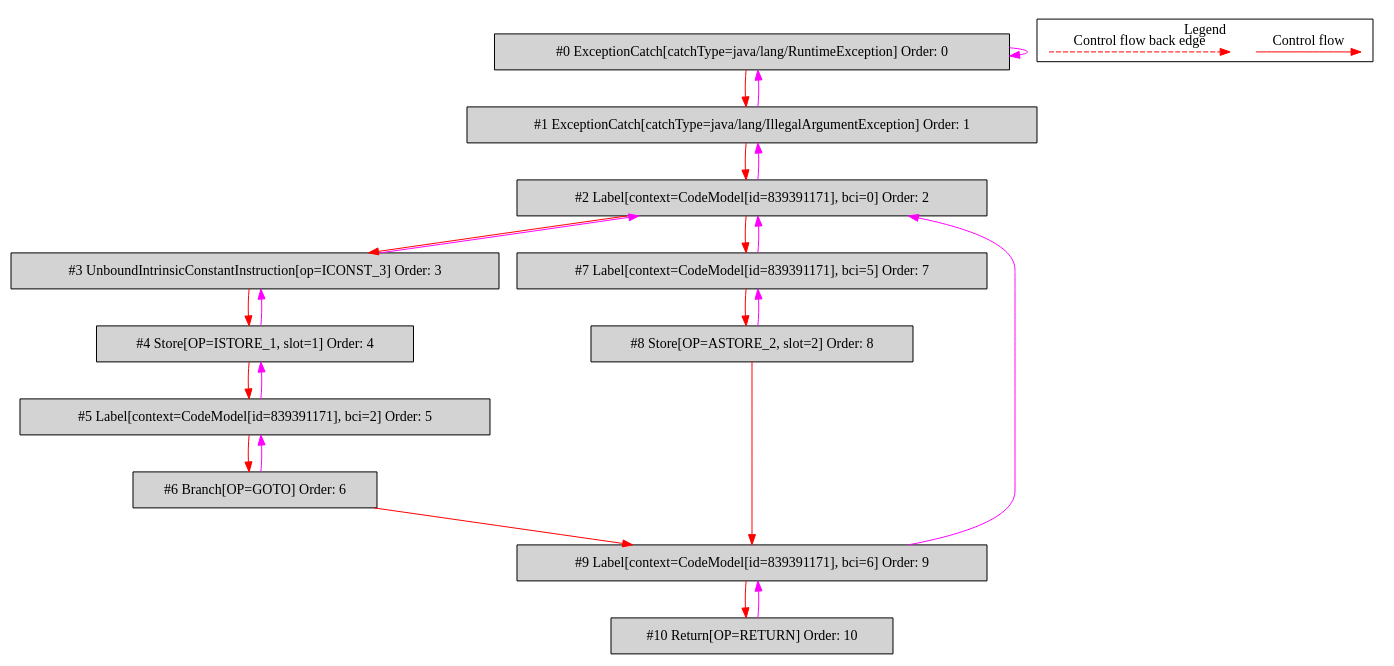
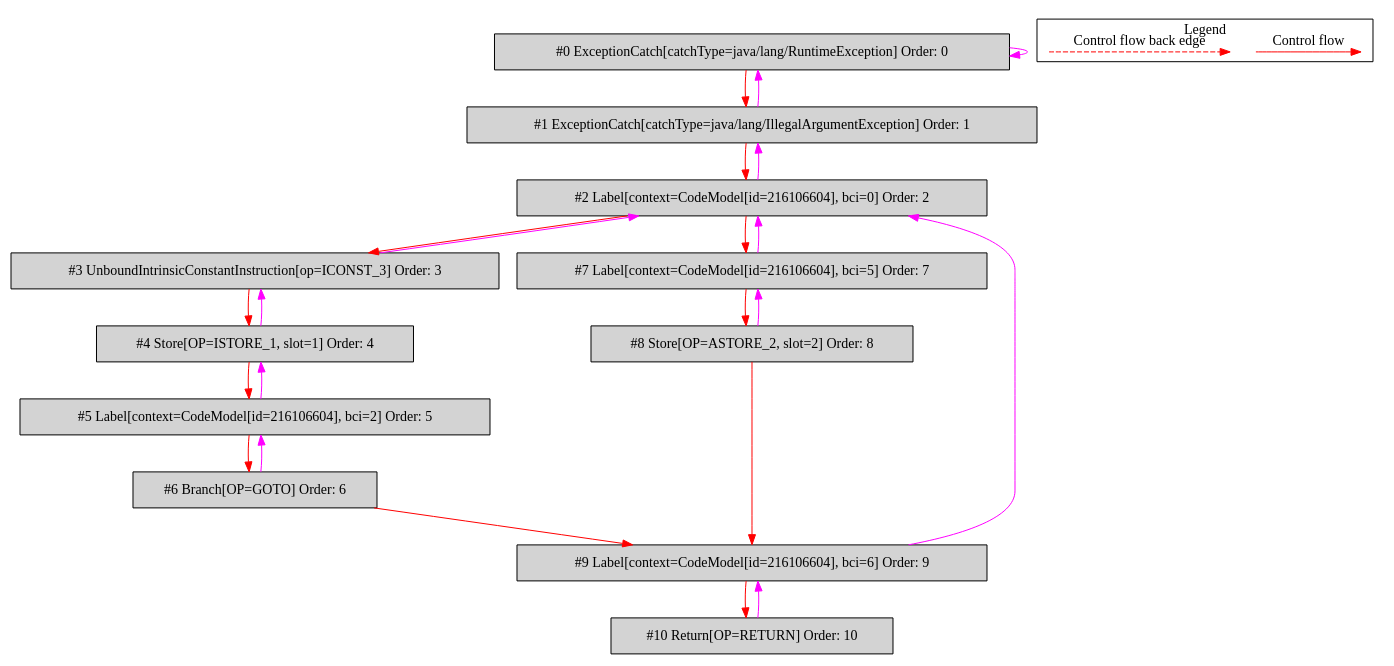
Before and after one commit to mirkosertic/MetaIR: the diagram in de.mirkosertic.metair.ir.OpcodeTryCatchTest/test_Multicatch/bytecodecfg.dot, drawn with Graphviz. The commit also changed 710 other files, not shown here.

```diff
--- a/de.mirkosertic.metair.ir.OpcodeTryCatchTest/test_Multicatch/bytecodecfg.dot
+++ b/de.mirkosertic.metair.ir.OpcodeTryCatchTest/test_Multicatch/bytecodecfg.dot
@@ -1,50 +1,50 @@
 digraph {
  ordering="in";
  node0[label="#0 ExceptionCatch[catchType=java/lang/RuntimeException] Order: 0", shape=box, fillcolor=lightgrey, style=filled];
  node1[label="#1 ExceptionCatch[catchType=java/lang/IllegalArgumentException] Order: 1", shape=box, fillcolor=lightgrey, style=filled];
- node2[label="#2 Label[context=CodeModel[id=839391171], bci=0] Order: 2", shape=box, fillcolor=lightgrey, style=filled];
+ node2[label="#2 Label[context=CodeModel[id=216106604], bci=0] Order: 2", shape=box, fillcolor=lightgrey, style=filled];
  node3[label="#3 UnboundIntrinsicConstantInstruction[op=ICONST_3] Order: 3", shape=box, fillcolor=lightgrey, style=filled];
  node4[label="#4 Store[OP=ISTORE_1, slot=1] Order: 4", shape=box, fillcolor=lightgrey, style=filled];
- node5[label="#5 Label[context=CodeModel[id=839391171], bci=2] Order: 5", shape=box, fillcolor=lightgrey, style=filled];
+ node5[label="#5 Label[context=CodeModel[id=216106604], bci=2] Order: 5", shape=box, fillcolor=lightgrey, style=filled];
  node6[label="#6 Branch[OP=GOTO] Order: 6", shape=box, fillcolor=lightgrey, style=filled];
- node7[label="#7 Label[context=CodeModel[id=839391171], bci=5] Order: 7", shape=box, fillcolor=lightgrey, style=filled];
+ node7[label="#7 Label[context=CodeModel[id=216106604], bci=5] Order: 7", shape=box, fillcolor=lightgrey, style=filled];
  node8[label="#8 Store[OP=ASTORE_2, slot=2] Order: 8", shape=box, fillcolor=lightgrey, style=filled];
- node9[label="#9 Label[context=CodeModel[id=839391171], bci=6] Order: 9", shape=box, fillcolor=lightgrey, style=filled];
+ node9[label="#9 Label[context=CodeModel[id=216106604], bci=6] Order: 9", shape=box, fillcolor=lightgrey, style=filled];
  node10[label="#10 Return[OP=RETURN] Order: 10", shape=box, fillcolor=lightgrey, style=filled];
  node0 -> node0[color=fuchsia];
  node0 -> node1[color=red];
  node1 -> node0[color=fuchsia];
  node1 -> node2[color=red];
  node2 -> node1[color=fuchsia];
  node2 -> node3[color=red];
  node3 -> node2[color=fuchsia];
  node3 -> node4[color=red];
  node4 -> node3[color=fuchsia];
  node4 -> node5[color=red];
  node5 -> node4[color=fuchsia];
  node5 -> node6[color=red];
  node6 -> node5[color=fuchsia];
  node2 -> node7[color=red];
  node7 -> node2[color=fuchsia];
  node7 -> node8[color=red];
  node8 -> node7[color=fuchsia];
  node6 -> node9[color=red];
  node8 -> node9[color=red];
  node9 -> node2[color=fuchsia];
  node9 -> node10[color=red];
  node10 -> node9[color=fuchsia];
  subgraph cluster_000 {
   label = "Legend";
   node [shape=point]
   {
    rank=same;
    c0 [style = invis];
    c1 [style = invis];
    c2 [style = invis];
    c3 [style = invis];
   }
   c0 -> c1 [label="Control flow", style=solid, color=red]
   c2 -> c3 [label="Control flow back edge", style=dashed, color=red]
  }
 
 }
```
